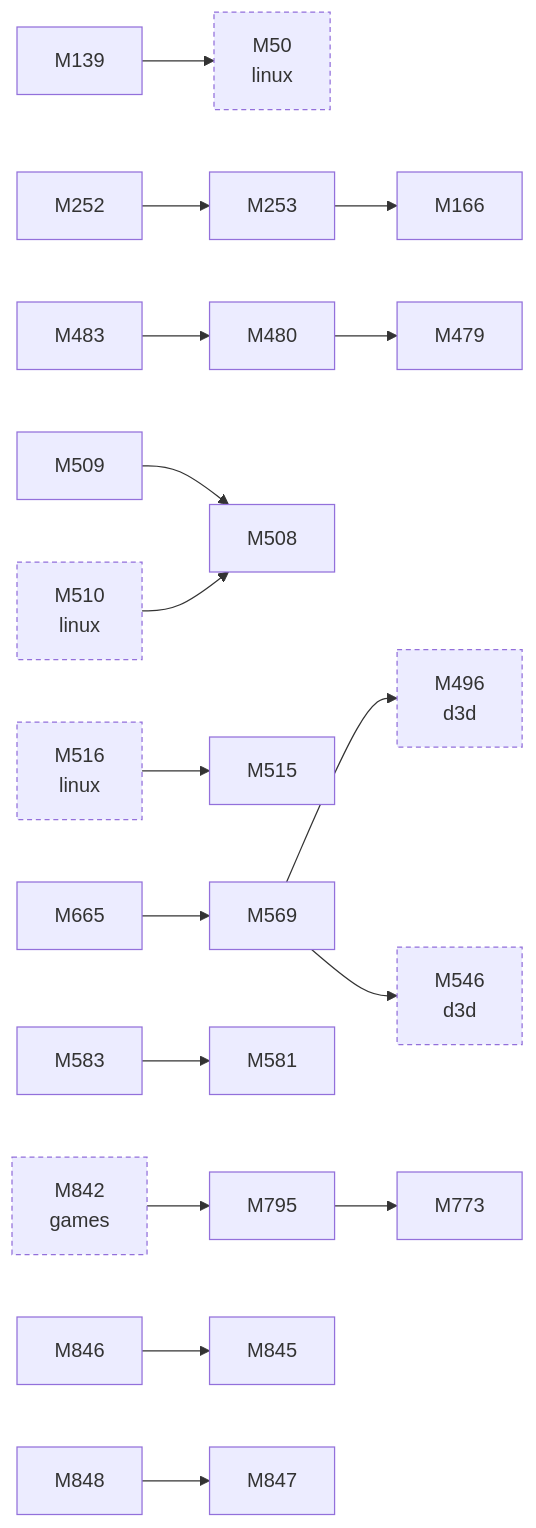
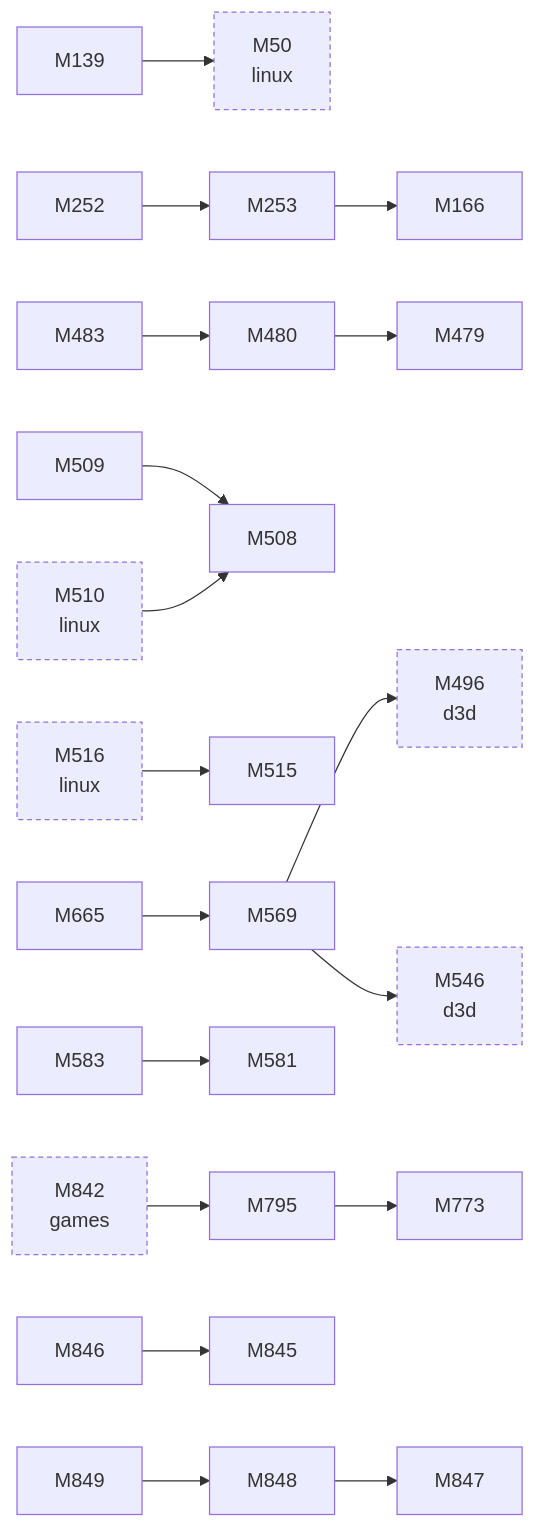
The second of 2 diagrams in docs/facts/graphs/icd.md (D-Ogi/amdgpu-wddm), drawn with Mermaid before and after one commit. The commit also changed other lines of this file and 14 other files, not shown here.

````diff
--- a/docs/facts/graphs/icd.md
+++ b/docs/facts/graphs/icd.md
@@ -26,47 +29,49 @@
 ```mermaid
 flowchart LR
   M50["M50<br/>linux"]
   M139["M139"]
   M166["M166"]
   M252["M252"]
   M253["M253"]
   M479["M479"]
   M480["M480"]
   M483["M483"]
   M496["M496<br/>d3d"]
   M508["M508"]
   M509["M509"]
   M510["M510<br/>linux"]
   M515["M515"]
   M516["M516<br/>linux"]
   M546["M546<br/>d3d"]
   M569["M569"]
   M581["M581"]
   M583["M583"]
   M665["M665"]
   M773["M773"]
   M795["M795"]
   M842["M842<br/>games"]
   M845["M845"]
   M846["M846"]
   M847["M847"]
   M848["M848"]
+  M849["M849"]
   M139 --> M50
   M252 --> M253
   M253 --> M166
   M480 --> M479
   M483 --> M480
   M509 --> M508
   M569 --> M496
   M569 --> M546
   M583 --> M581
   M665 --> M569
   M795 --> M773
   M846 --> M845
   M848 --> M847
+  M849 --> M848
   M842 --> M795
   M510 --> M508
   M516 --> M515
   classDef other stroke-dasharray:4 3
   class M50,M496,M510,M516,M546,M842 other
 ```
````
